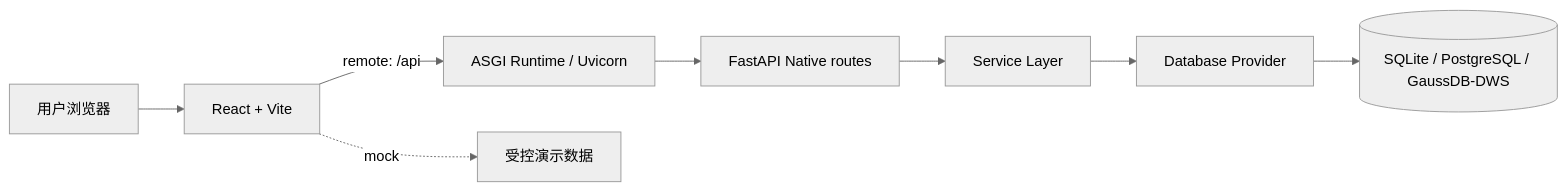
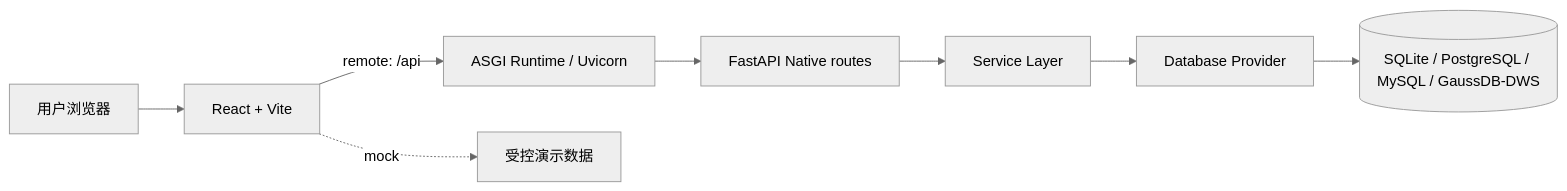
Before and after one commit to 0verme/data-asset-portal-community: the diagram in README.md, drawn with Mermaid (neutral theme). The commit also changed other lines of this file and 28 other files, not shown here.

````diff
--- a/README.md
+++ b/README.md
@@ -125,10 +136,10 @@
 ```mermaid
 flowchart LR
   U["用户浏览器"] --> R["React + Vite"]
   R -->|"remote: /api"| A["ASGI Runtime / Uvicorn"]
   A --> F["FastAPI Native routes"]
   F --> S["Service Layer"]
   S --> D["Database Provider"]
-  D --> DB[("SQLite / PostgreSQL / GaussDB-DWS")]
+  D --> DB[("SQLite / PostgreSQL / MySQL / GaussDB-DWS")]
   R -.->|"mock"| M["受控演示数据"]
 ```
````
